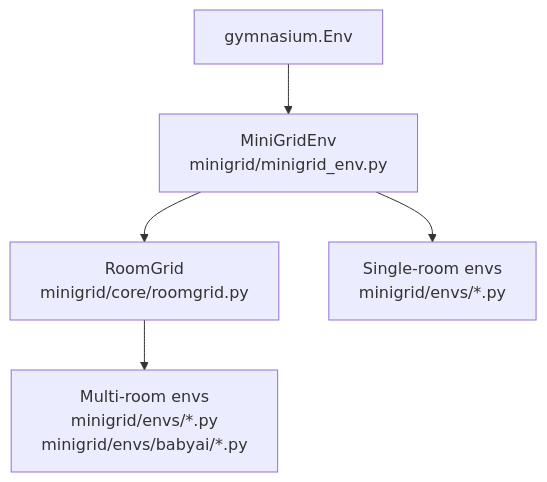
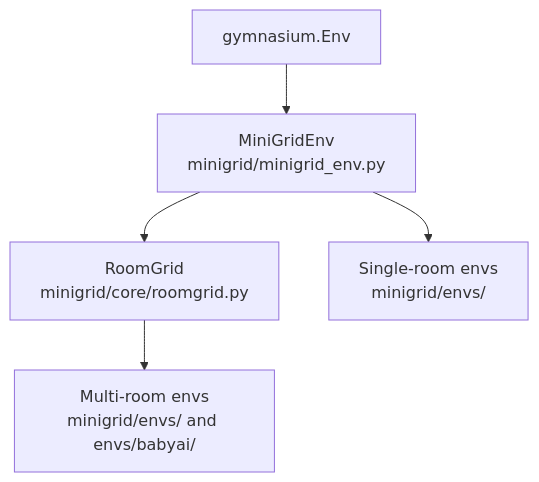
Before and after one commit to alexandermfisher/minigrid: the first of 6 diagrams in docs/content/architecture.md, drawn with Mermaid. The commit also changed other lines of this file, not shown here.

First line of the commit message:
Fix Mermaid diagram syntax so diagrams actually render

````diff
--- a/docs/content/architecture.md
+++ b/docs/content/architecture.md
@@ -7,13 +7,13 @@
 ```{mermaid}
 graph TD
-    GYM["gymnasium.Env"]
-    MGE["MiniGridEnv\nminigrid/minigrid_env.py"]
-    RG["RoomGrid\nminigrid/core/roomgrid.py"]
-    SR["Single-room envs\nminigrid/envs/*.py"]
-    MR["Multi-room envs\nminigrid/envs/*.py\nminigrid/envs/babyai/*.py"]
+    GYM[gymnasium.Env]
+    MGE[MiniGridEnv\nminigrid/minigrid_env.py]
+    RG[RoomGrid\nminigrid/core/roomgrid.py]
+    SR[Single-room envs\nminigrid/envs/]
+    MR[Multi-room envs\nminigrid/envs/ and envs/babyai/]
 
     GYM --> MGE
     MGE --> SR
     MGE --> RG
     RG --> MR
 ```
````
